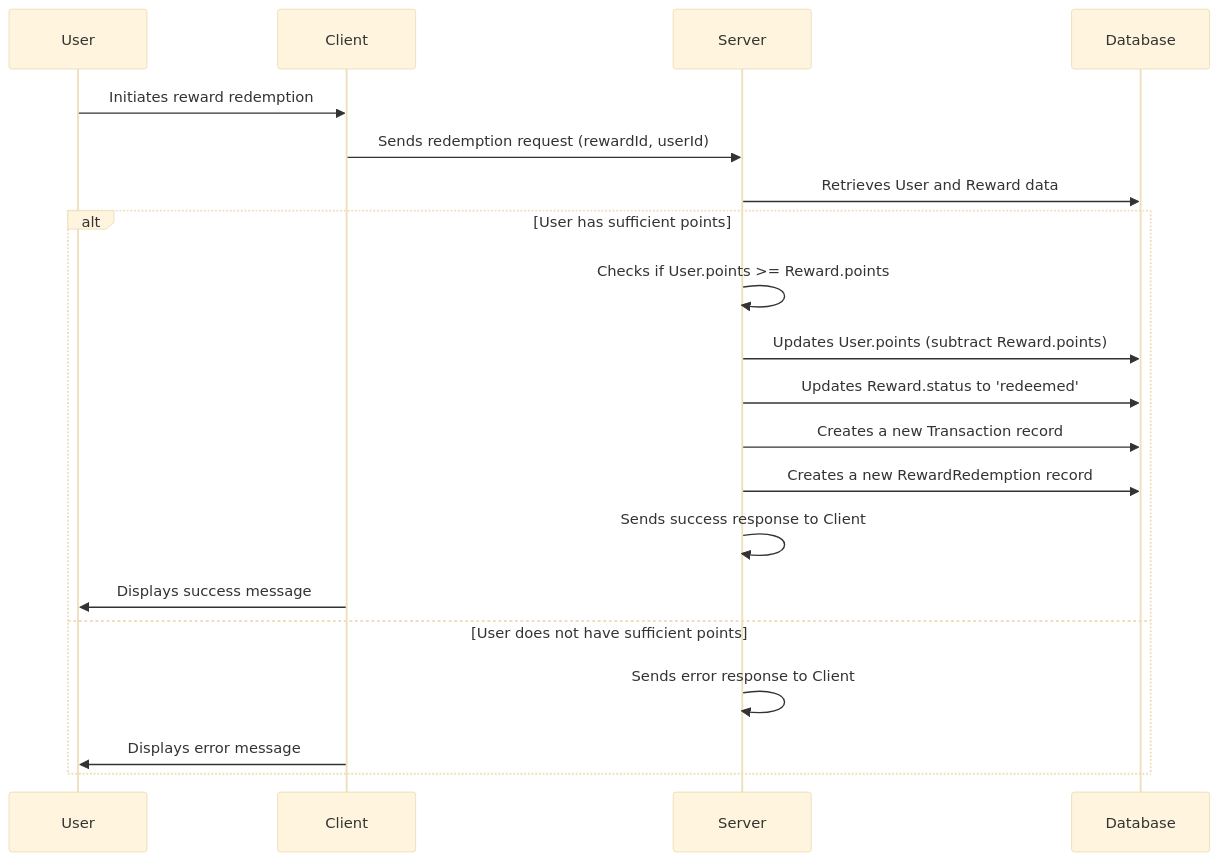
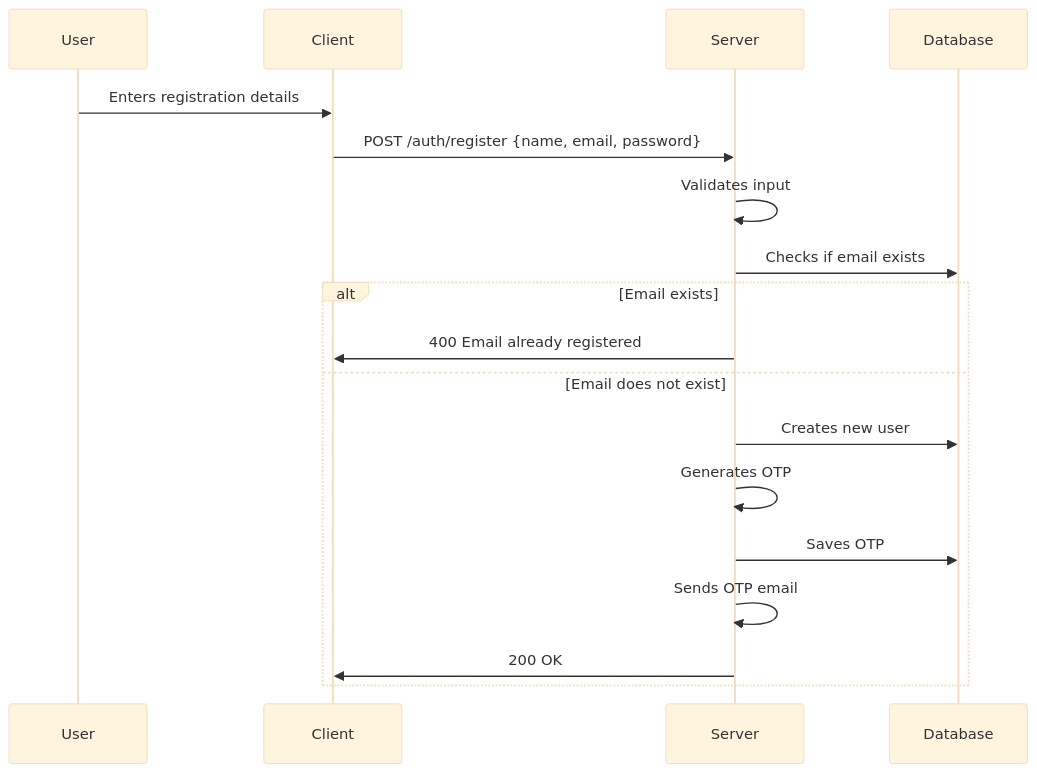
One commit to sreecharan-desu/reXa changed the tenth of 12 diagrams in README.md. Above: the diagram before and after it, drawn with Mermaid (base theme). The commit also changed other lines of this file, not shown here.

````diff
--- a/README.md
+++ b/README.md
@@ -2326,23 +1391,20 @@
 ```mermaid
 sequenceDiagram
     participant User
     participant Client
     participant Server
     participant Database
-
-    User->>Client: Initiates reward redemption
-    Client->>Server: Sends redemption request (rewardId, userId)
-    Server->>Database: Retrieves User and Reward data
-    alt User has sufficient points
-        Server->>Server: Checks if User.points >= Reward.points
-        Server->>Database: Updates User.points (subtract Reward.points)
-        Server->>Database: Updates Reward.status to 'redeemed'
-        Server->>Database: Creates a new Transaction record
-        Server->>Database: Creates a new RewardRedemption record
-        Server->>Server: Sends success response to Client
-        Client->>User: Displays success message
-    else User does not have sufficient points
-        Server->>Server: Sends error response to Client
-        Client->>User: Displays error message
+    User->>Client: Enters registration details
+    Client->>Server: POST /auth/register {name, email, password}
+    Server->>Server: Validates input
+    Server->>Database: Checks if email exists
+    alt Email exists
+        Server->>Client: 400 Email already registered
+    else Email does not exist
+        Server->>Database: Creates new user
+        Server->>Server: Generates OTP
+        Server->>Database: Saves OTP
+        Server->>Server: Sends OTP email
+        Server->>Client: 200 OK
     end
 ```
````
